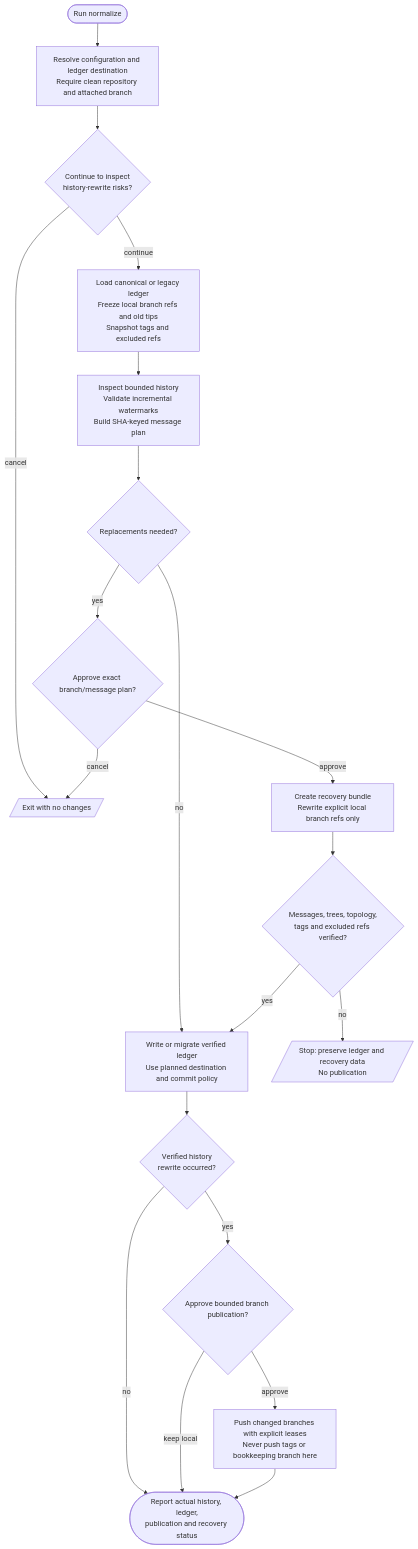
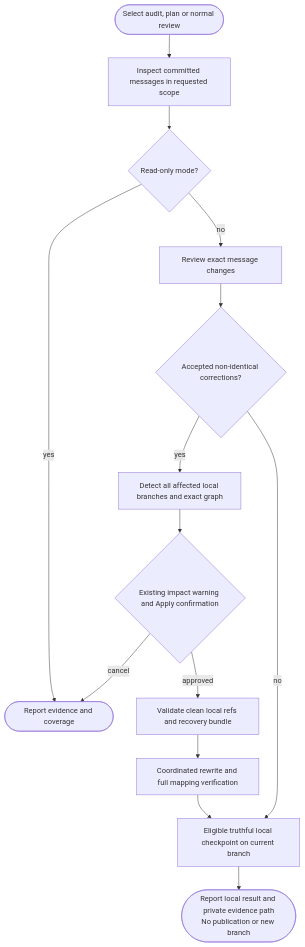
One commit to myowinthein/agent-helm changed the diagram in docs/commands/normalize.md. Above: the diagram before and after it, drawn with Mermaid. The commit also changed other lines of this file and 101 other files, not shown here.

````diff
--- a/docs/commands/normalize.md
+++ b/docs/commands/normalize.md
@@ -15,22 +32,16 @@
 ```mermaid
 flowchart TD
-  Start([Run normalize]) --> Preflight[Resolve configuration and ledger destination<br/>Require clean repository and attached branch]
-  Preflight --> Warning{Continue to inspect<br/>history-rewrite risks?}
-  Warning -->|cancel| Cancel[/Exit with no changes/]
-  Warning -->|continue| Load[Load canonical or legacy ledger<br/>Freeze local branch refs and old tips<br/>Snapshot tags and excluded refs]
-  Load --> Scan[Inspect bounded history<br/>Validate incremental watermarks<br/>Build SHA-keyed message plan]
-  Scan --> Count{Replacements needed?}
-  Count -->|no| Ledger
-  Count -->|yes| Plan{Approve exact branch/message plan?}
-  Plan -->|cancel| Cancel
-  Plan -->|approve| Rewrite[Create recovery bundle<br/>Rewrite explicit local branch refs only]
-  Rewrite --> Verify{Messages, trees, topology,<br/>tags and excluded refs verified?}
-  Verify -->|no| Blocked[/Stop: preserve ledger and recovery data<br/>No publication/]
-  Verify -->|yes| Ledger[Write or migrate verified ledger<br/>Use planned destination and commit policy]
-  Ledger --> ActualRewrite{Verified history<br/>rewrite occurred?}
-  ActualRewrite -->|no| Report
-  ActualRewrite -->|yes| Publish{Approve bounded branch publication?}
-  Publish -->|keep local| Report
-  Publish -->|approve| Push[Push changed branches with explicit leases<br/>Never push tags or bookkeeping branch here]
-  Push --> Report([Report actual history, ledger,<br/>publication and recovery status])
+  Start([Select audit, plan or normal review]) --> Inspect[Inspect committed messages in requested scope]
+  Inspect --> Readonly{Read-only mode?}
+  Readonly -->|yes| Report([Report evidence and coverage])
+  Readonly -->|no| Decisions[Review exact message changes]
+  Decisions --> Changes{Accepted non-identical corrections?}
+  Changes -->|yes| Impact[Detect all affected local branches and exact graph]
+  Impact --> Approve{Existing impact warning and Apply confirmation}
+  Approve -->|cancel| Report
+  Approve -->|approved| Recover[Validate clean local refs and recovery bundle]
+  Recover --> Rewrite[Coordinated rewrite and full mapping verification]
+  Rewrite --> Ledger
+  Changes -->|no| Ledger[Eligible truthful local checkpoint on current branch]
+  Ledger --> End([Report local result and private evidence path<br/>No publication or new branch])
 ```
````
